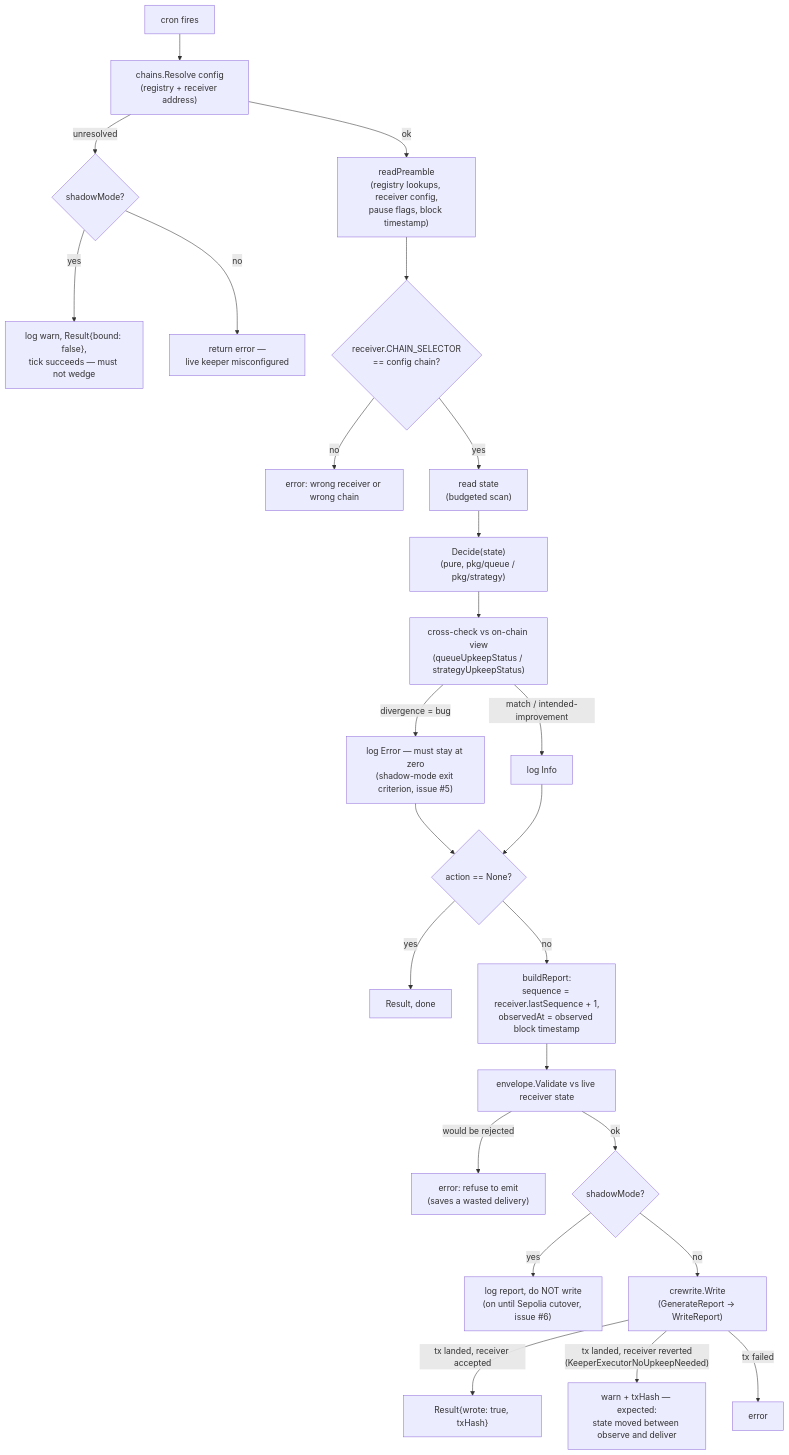
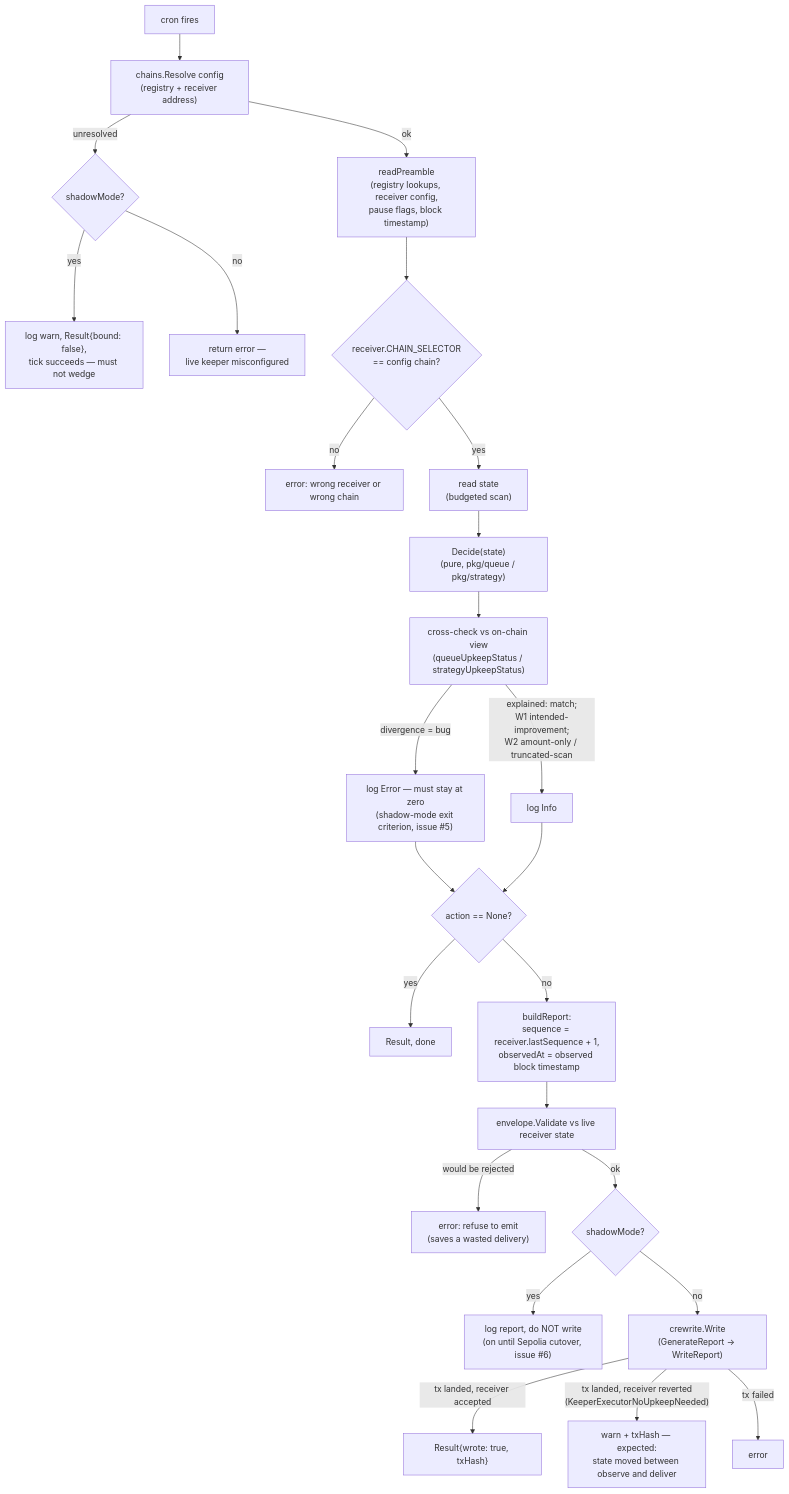
Before and after one commit to everstrat-xyz/keepers: the second of 2 diagrams in blueprints/01-system-overview.md, drawn with Mermaid. The commit also changed 16 other files, not shown here.

````diff
--- a/blueprints/01-system-overview.md
+++ b/blueprints/01-system-overview.md
@@ -73,27 +73,27 @@
 ```mermaid
 flowchart TB
     T["cron fires"] --> R["chains.Resolve config<br/>(registry + receiver address)"]
     R -- "unresolved" --> S{"shadowMode?"}
     S -- "yes" --> SW["log warn, Result{bound: false},<br/>tick succeeds — must not wedge"]
     S -- "no" --> FAIL["return error —<br/>live keeper misconfigured"]
     R -- "ok" --> P["readPreamble<br/>(registry lookups, receiver config,<br/>pause flags, block timestamp)"]
     P --> CS{"receiver.CHAIN_SELECTOR<br/>== config chain?"}
     CS -- "no" --> FAIL2["error: wrong receiver or wrong chain"]
     CS -- "yes" --> ST["read state<br/>(budgeted scan)"]
     ST --> D["Decide(state)<br/>(pure, pkg/queue / pkg/strategy)"]
     D --> X["cross-check vs on-chain view<br/>(queueUpkeepStatus / strategyUpkeepStatus)"]
     X -- "divergence = bug" --> EL["log Error — must stay at zero<br/>(shadow-mode exit criterion, issue #5)"]
-    X -- "match / intended-improvement" --> IL["log Info"]
+    X -- "explained: match;<br/>W1 intended-improvement;<br/>W2 amount-only / truncated-scan" --> IL["log Info"]
     EL --> NA{"action == None?"}
     IL --> NA
     NA -- "yes" --> DONE["Result, done"]
     NA -- "no" --> BR["buildReport:<br/>sequence = receiver.lastSequence + 1,<br/>observedAt = observed block timestamp"]
     BR --> V["envelope.Validate vs live receiver state"]
     V -- "would be rejected" --> FAIL3["error: refuse to emit<br/>(saves a wasted delivery)"]
     V -- "ok" --> SM2{"shadowMode?"}
     SM2 -- "yes" --> SH["log report, do NOT write<br/>(on until Sepolia cutover, issue #6)"]
     SM2 -- "no" --> WR["crewrite.Write<br/>(GenerateReport → WriteReport)"]
     WR -- "tx landed, receiver accepted" --> OK["Result{wrote: true, txHash}"]
     WR -- "tx landed, receiver reverted<br/>(KeeperExecutorNoUpkeepNeeded)" --> REV["warn + txHash — expected:<br/>state moved between observe and deliver"]
     WR -- "tx failed" --> FAIL4["error"]
 ```
````
